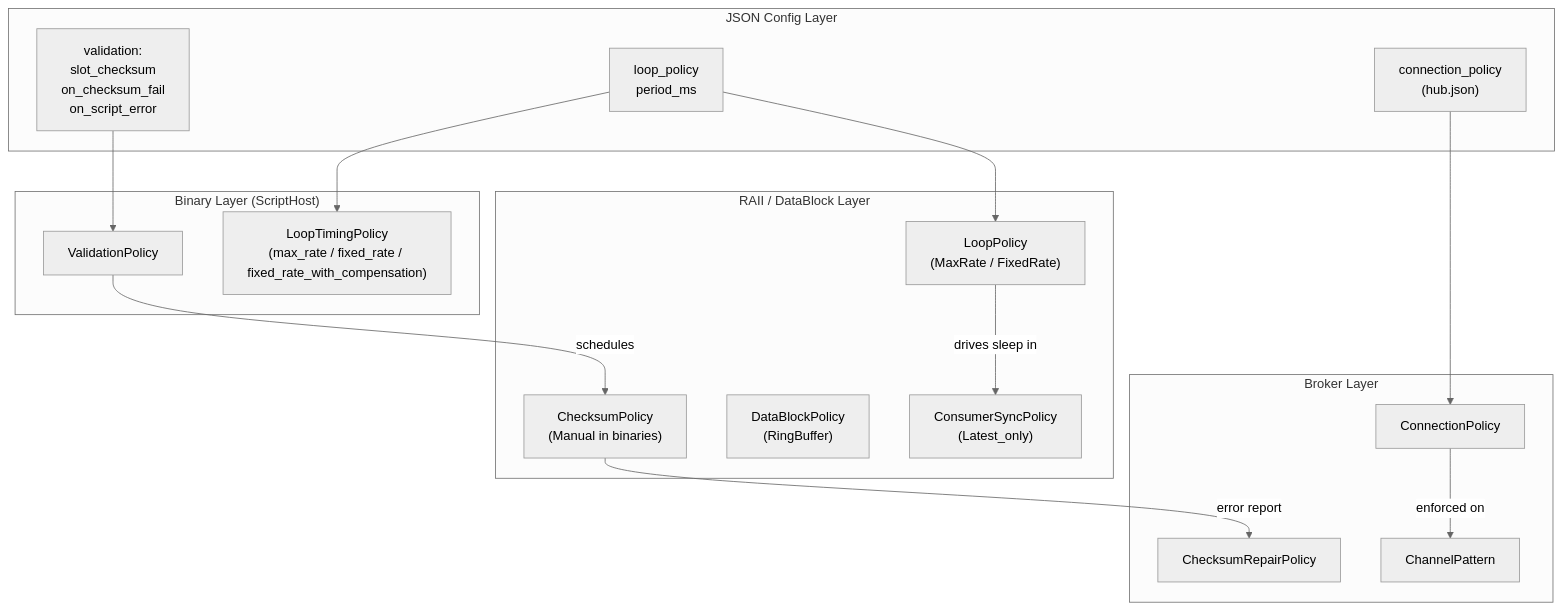
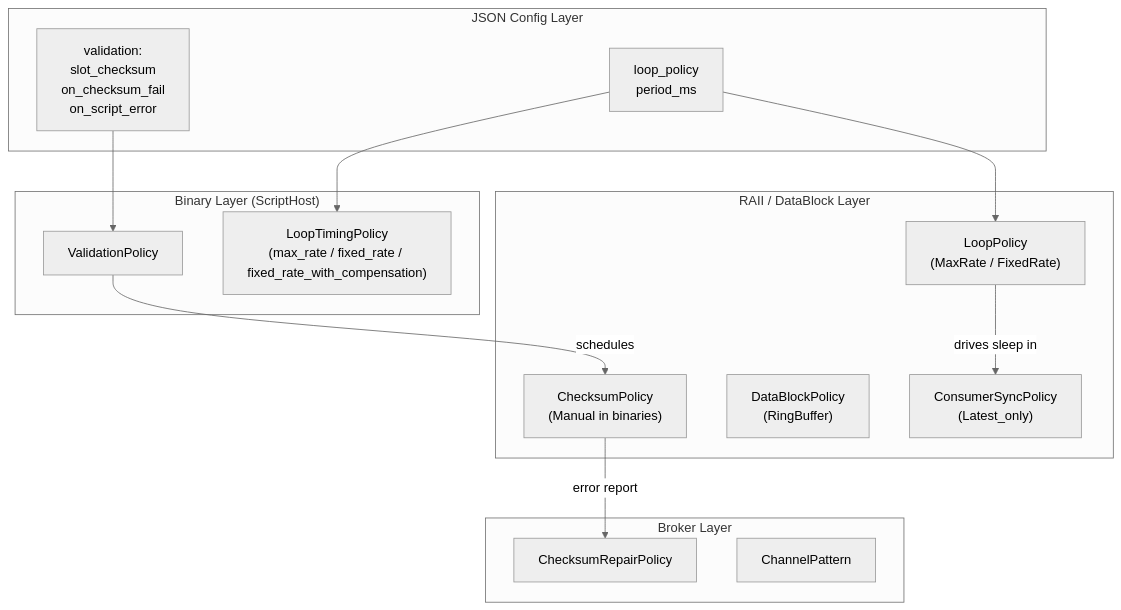
One commit to Qing-LAB/pylabhub changed the diagram in docs/HEP/HEP-CORE-0009-Policy-Reference.md. Above: the diagram before and after it, drawn with Mermaid (neutral theme). The commit also changed other lines of this file and 5 other files, not shown here.

````diff
--- a/docs/HEP/HEP-CORE-0009-Policy-Reference.md
+++ b/docs/HEP/HEP-CORE-0009-Policy-Reference.md
@@ -403,35 +403,31 @@
 ```mermaid
 flowchart TB
     subgraph Config["JSON Config Layer"]
         VPol["validation:\n  slot_checksum\n  on_checksum_fail\n  on_script_error"]
         LPol["loop_policy\nperiod_ms"]
-        CPol["connection_policy\n(hub.json)"]
     end
 
     subgraph Binary["Binary Layer (ScriptHost)"]
         ValPol["ValidationPolicy"]
         LTPol["LoopTimingPolicy\n(max_rate / fixed_rate / fixed_rate_with_compensation)"]
     end
 
     subgraph RAII["RAII / DataBlock Layer"]
         CkPol["ChecksumPolicy\n(Manual in binaries)"]
         DBPol["DataBlockPolicy\n(RingBuffer)"]
         CSPol["ConsumerSyncPolicy\n(Latest_only)"]
         LoopP["LoopPolicy\n(MaxRate / FixedRate)"]
     end
 
     subgraph Broker["Broker Layer"]
         CRPol["ChecksumRepairPolicy"]
-        ConnP["ConnectionPolicy"]
         ChanP["ChannelPattern"]
     end
 
     VPol --> ValPol
     LPol --> LoopP
     LPol --> LTPol
-    CPol --> ConnP
     ValPol -->|"schedules"| CkPol
     LoopP -->|"drives sleep in"| CSPol
     CkPol -->|"error report"| CRPol
-    ConnP -->|"enforced on"| ChanP
 ```
````
